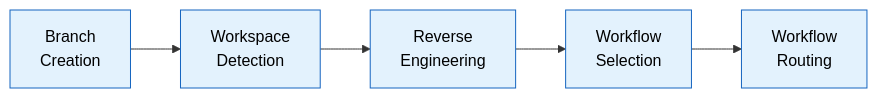
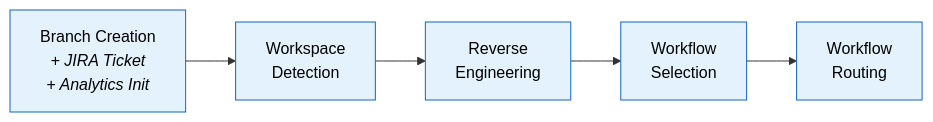
Before and after one commit to premkumarjanagarajan/fluid-flow-ai: the first of 3 diagrams in docs/WORKFLOWS.md, drawn with Mermaid. The commit also changed other lines of this file and 7 other files, not shown here.

First line of the commit message:
Add JIRA ticket prompt, feature analytics, and separate doc update command

````diff
--- a/docs/WORKFLOWS.md
+++ b/docs/WORKFLOWS.md
@@ -20,10 +20,10 @@
 ```mermaid
 flowchart LR
-    S1["Branch<br/>Creation"] --> S2["Workspace<br/>Detection"] --> S3["Reverse<br/>Engineering"] --> S4["Workflow<br/>Selection"] --> S5["Workflow<br/>Routing"]
+    S1["Branch Creation<br/><i>+ JIRA Ticket<br/>+ Analytics Init</i>"] --> S2["Workspace<br/>Detection"] --> S3["Reverse<br/>Engineering"] --> S4["Workflow<br/>Selection"] --> S5["Workflow<br/>Routing"]
 
     style S1 fill:#E3F2FD,stroke:#1565C0,color:#000
     style S2 fill:#E3F2FD,stroke:#1565C0,color:#000
     style S3 fill:#E3F2FD,stroke:#1565C0,color:#000
     style S4 fill:#E3F2FD,stroke:#1565C0,color:#000
     style S5 fill:#E3F2FD,stroke:#1565C0,color:#000
 ```
````
